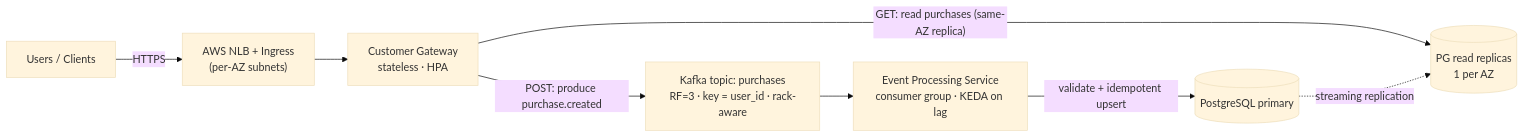
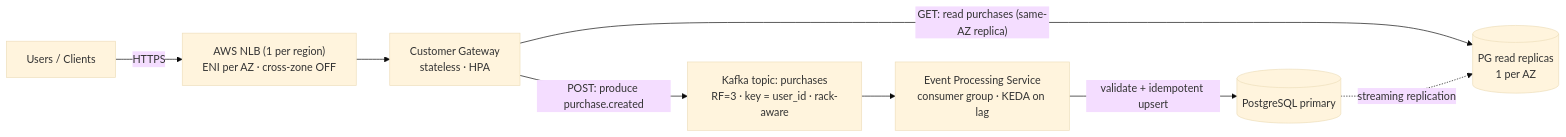
Before and after one commit to frimer85/blockaid-interview: the diagram in docs/DESIGN.md, drawn with Mermaid (base theme). The commit also changed other lines of this file and 4 other files, not shown here.

````diff
--- a/docs/DESIGN.md
+++ b/docs/DESIGN.md
@@ -98,17 +76,17 @@
 ```mermaid
 flowchart LR
   U["Users / Clients"]
-  NLB["AWS NLB + Ingress<br/>(per-AZ subnets)"]
+  NLB["AWS NLB (1 per region)<br/>ENI per AZ · cross-zone OFF"]
   GW["Customer Gateway<br/>stateless · HPA"]
   K["Kafka topic: purchases<br/>RF=3 · key = user_id · rack-aware"]
   EP["Event Processing Service<br/>consumer group · KEDA on lag"]
   DBP[("PostgreSQL primary")]
   DBR[("PG read replicas<br/>1 per AZ")]
 
   U -->|"HTTPS"| NLB --> GW
   GW -->|"POST: produce purchase.created"| K
   GW -->|"GET: read purchases (same-AZ replica)"| DBR
   K --> EP
   EP -->|"validate + idempotent upsert"| DBP
   DBP -. streaming replication .-> DBR
 ```
````
